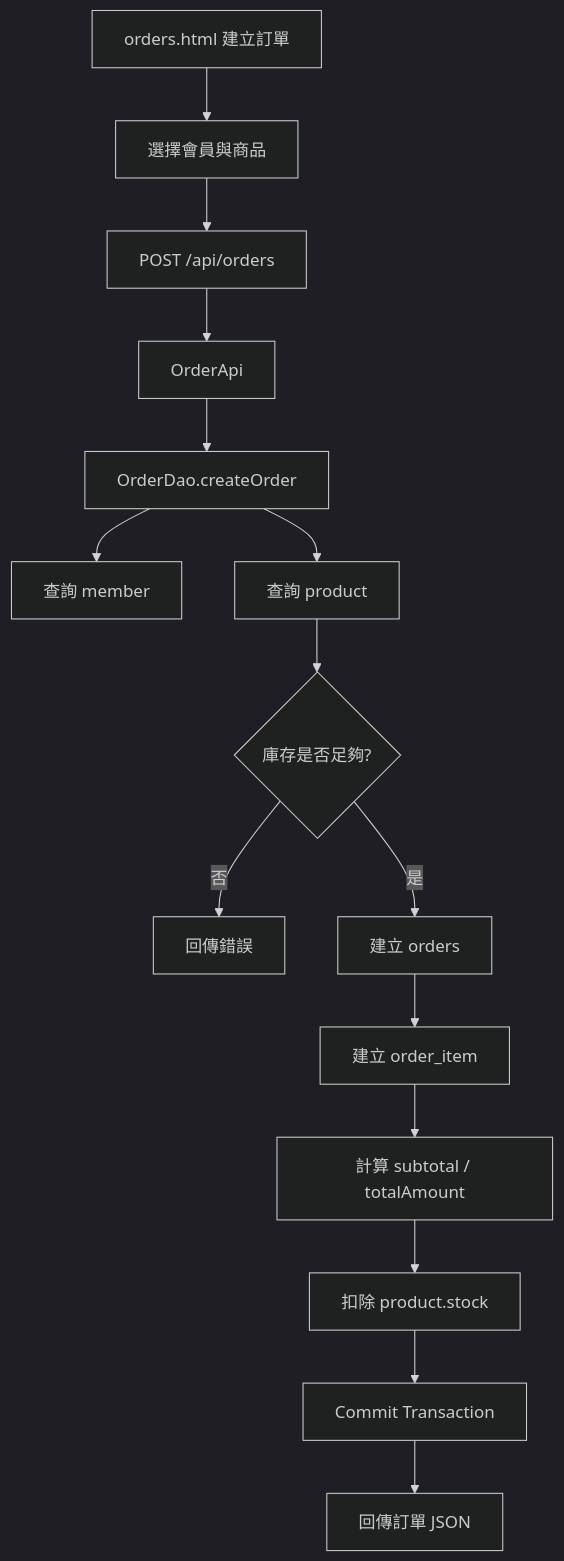
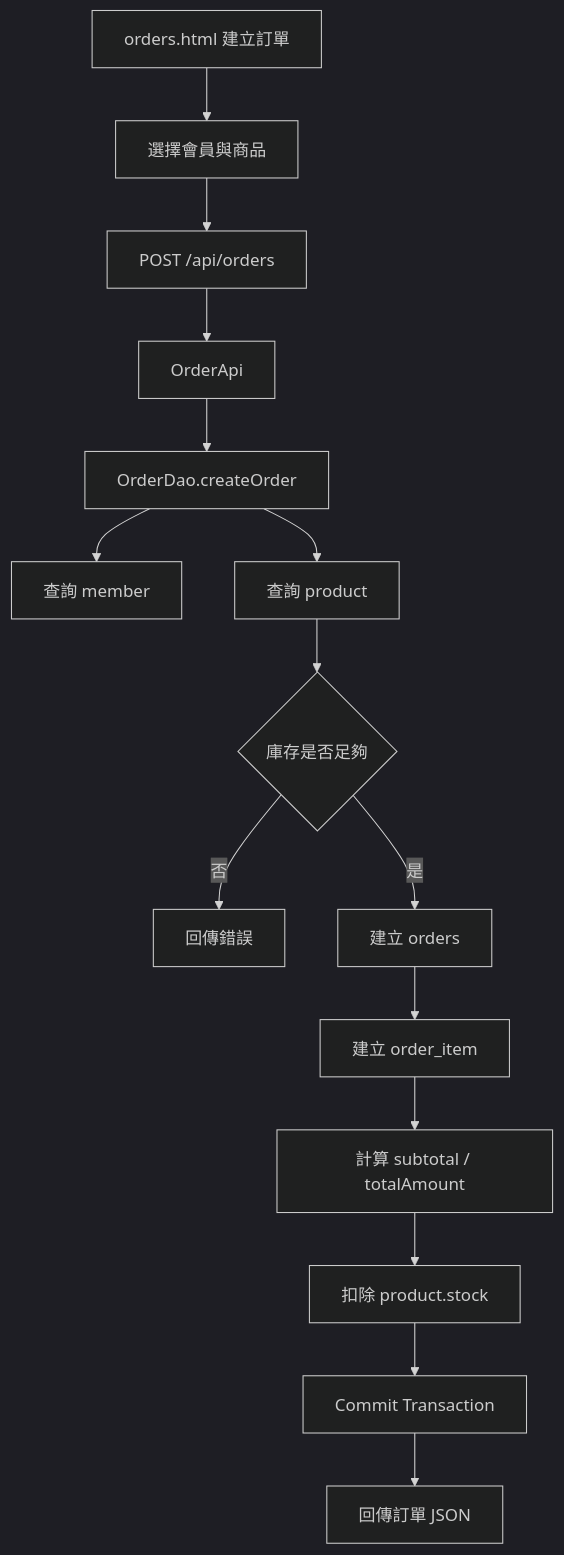
Before and after one commit to s717456/SimpleShop_MavenWebProject: the seventh of 8 diagrams in README.md, drawn with Mermaid (dark theme). The commit also changed other lines of this file, not shown here.

````diff
--- a/README.md
+++ b/README.md
@@ -518,17 +525,17 @@
 ```mermaid
 flowchart TD
-    A[orders.html 建立訂單] --> B[選擇會員與商品]
-    B --> C[POST /api/orders]
-    C --> D[OrderApi]
-    D --> E[OrderDao.createOrder]
-    E --> F[查詢 member]
-    E --> G[查詢 product]
-    G --> H{庫存是否足夠?}
-    H -- 否 --> I[回傳錯誤]
-    H -- 是 --> J[建立 orders]
-    J --> K[建立 order_item]
-    K --> L[計算 subtotal / totalAmount]
-    L --> M[扣除 product.stock]
-    M --> N[Commit Transaction]
-    N --> O[回傳訂單 JSON]
+    A["orders.html 建立訂單"] --> B["選擇會員與商品"]
+    B --> C["POST /api/orders"]
+    C --> D["OrderApi"]
+    D --> E["OrderDao.createOrder"]
+    E --> F["查詢 member"]
+    E --> G["查詢 product"]
+    G --> H{"庫存是否足夠"}
+    H -- "否" --> I["回傳錯誤"]
+    H -- "是" --> J["建立 orders"]
+    J --> K["建立 order_item"]
+    K --> L["計算 subtotal / totalAmount"]
+    L --> M["扣除 product.stock"]
+    M --> N["Commit Transaction"]
+    N --> O["回傳訂單 JSON"]
 ```
````
